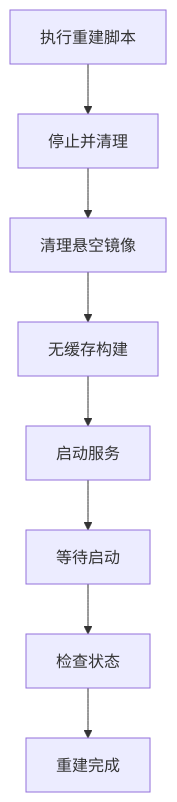
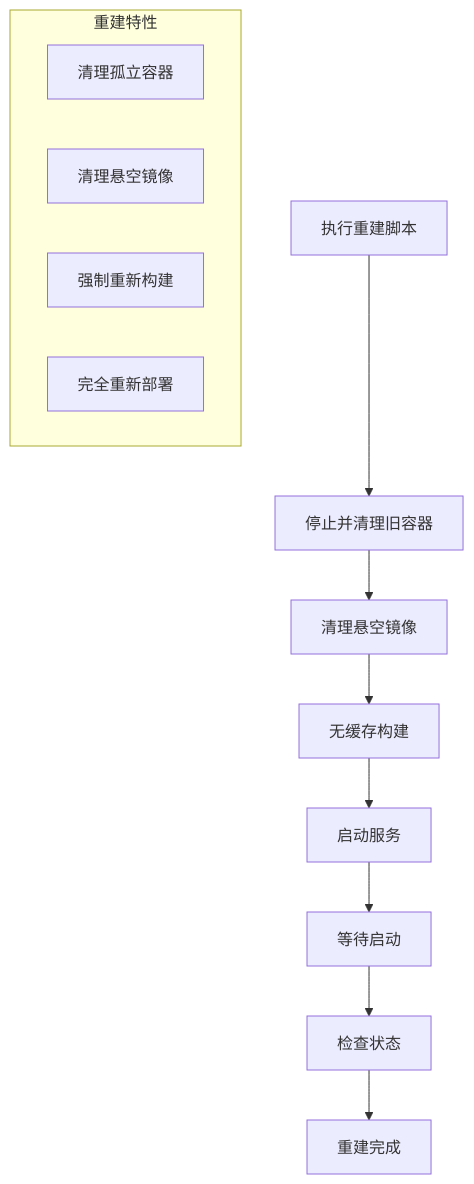
Before and after one commit to xfbyxq/ai-novel-system: the eighth of 13 diagrams in .qoder/repowiki/zh/content/Docker Deployment.md, drawn with Mermaid. The commit also changed other lines of this file and 17 other files, not shown here.

````diff
--- a/.qoder/repowiki/zh/content/Docker Deployment.md
+++ b/.qoder/repowiki/zh/content/Docker Deployment.md
@@ -341,10 +352,16 @@
 ```mermaid
 flowchart TD
-START[执行重建脚本] --> STOP_CLEAN[停止并清理]
+START[执行重建脚本] --> STOP_CLEAN[停止并清理旧容器]
 STOP_CLEAN --> PRUNE_IMAGES[清理悬空镜像]
 PRUNE_IMAGES --> BUILD_NO_CACHE[无缓存构建]
 BUILD_NO_CACHE --> START_SERVICES[启动服务]
 START_SERVICES --> WAIT[等待启动]
 WAIT --> CHECK_STATUS[检查状态]
 CHECK_STATUS --> DONE[重建完成]
+subgraph "重建特性"
+ORPHAN_CLEAN[清理孤立容器]
+IMAGE_PRUNE[清理悬空镜像]
+NO_CACHE_BUILD[强制重新构建]
+CLEAN_START[完全重新部署]
+end
 ```
````
